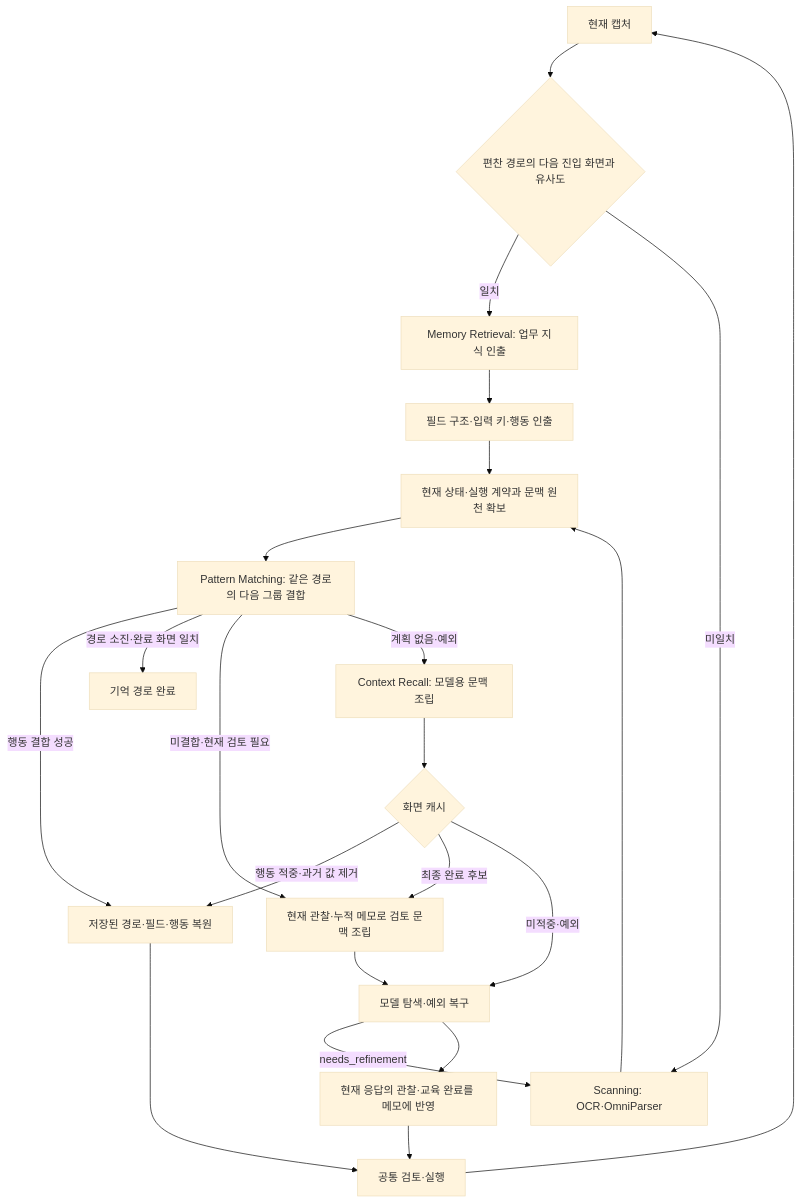
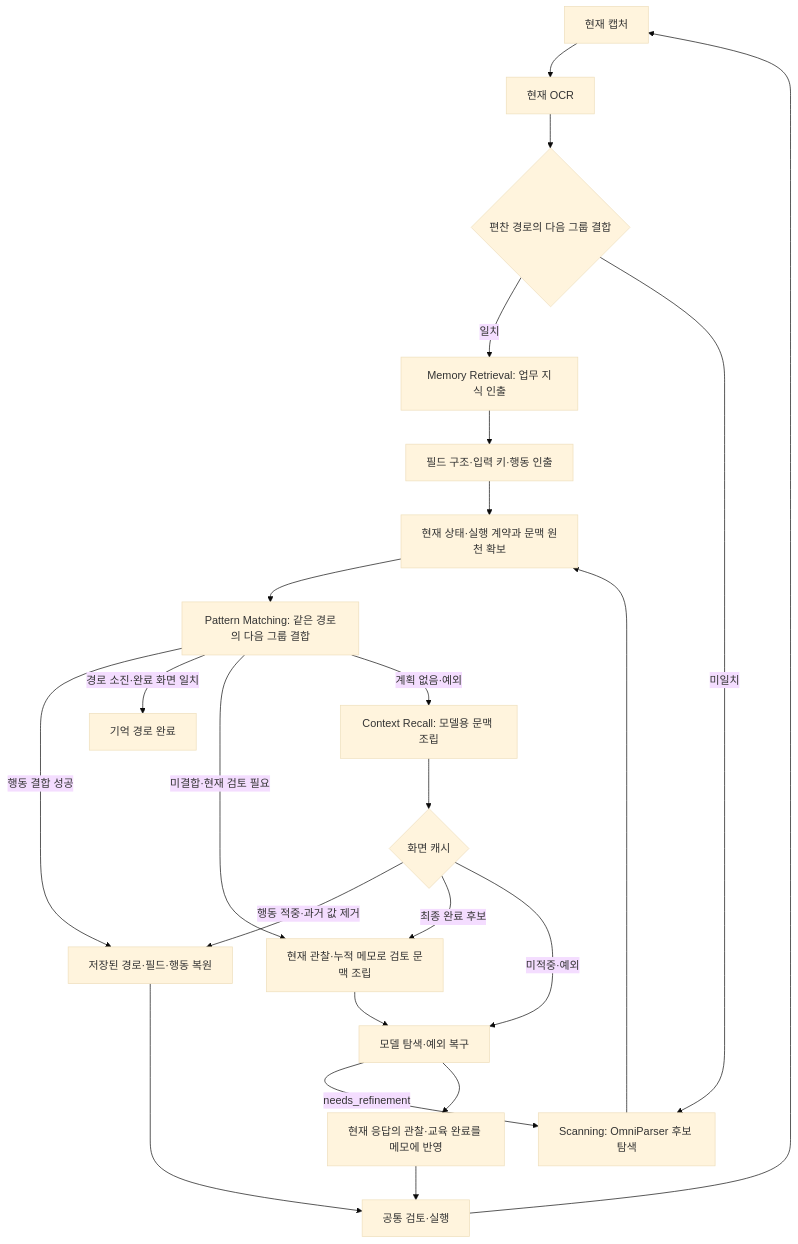
One commit to Dreamtreeme/agent-sawon changed the third of 3 diagrams in docs/code-flow.md. Above: the diagram before and after it, drawn with Mermaid (base theme). The commit also changed other lines of this file and 10 other files, not shown here.

````diff
--- a/docs/code-flow.md
+++ b/docs/code-flow.md
@@ -68,24 +69,25 @@
 ```mermaid
 flowchart TD
-    CAP[현재 캡처] --> SIM{편찬 경로의 다음 진입 화면과 유사도}
+    CAP[현재 캡처] --> TEXT[현재 OCR]
+    TEXT --> SIM{편찬 경로의 다음 그룹 결합}
     SIM -->|일치| MEM[Memory Retrieval: 업무 지식 인출]
-    SIM -->|미일치| SCAN[Scanning: OCR·OmniParser]
+    SIM -->|미일치| SCAN[Scanning: OmniParser 후보 탐색]
     MEM --> STRUCTURE[필드 구조·입력 키·행동 인출]
     STRUCTURE --> STATE[현재 상태·실행 계약과 문맥 원천 확보]
     SCAN --> STATE
     STATE --> MATCH[Pattern Matching: 같은 경로의 다음 그룹 결합]
     MATCH -->|행동 결합 성공| RESTORE[저장된 경로·필드·행동 복원]
     MATCH -->|경로 소진·완료 화면 일치| FINISH[기억 경로 완료]
     MATCH -->|미결합·현재 검토 필요| CURRENT[현재 관찰·누적 메모로 검토 문맥 조립]
     MATCH -->|계획 없음·예외| RECALL[Context Recall: 모델용 문맥 조립]
     RECALL --> CACHE{화면 캐시}
     CACHE -->|행동 적중·과거 값 제거| RESTORE
     CACHE -->|최종 완료 후보| CURRENT
     CACHE -->|미적중·예외| DECIDE[모델 탐색·예외 복구]
     CURRENT --> DECIDE
     DECIDE -->|needs_refinement| SCAN
     DECIDE --> MEMO[현재 응답의 관찰·교육 완료를 메모에 반영]
     MEMO --> EXEC[공통 검토·실행]
     RESTORE --> EXEC
     EXEC --> CAP
 ```
````
